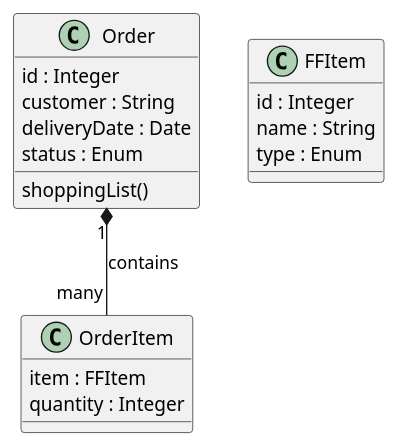
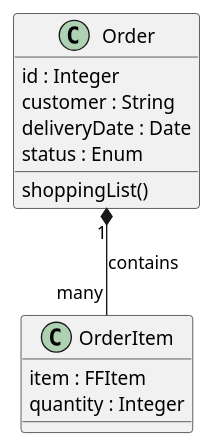
Before and after one commit to Exaltia/subbot: the fifth of 5 diagrams in doc/readme.org, drawn with PlantUML. The commit also changed other lines of this file and 1 other file, not shown here.

Commit message:
Added FFItem class

```diff
--- a/doc/readme.org
+++ b/doc/readme.org
@@ -133,27 +168,20 @@
 #+begin_src plantuml :file img/Anatomy_order.png
   @startuml
 
   class Order {
     id : Integer
     customer : String
     deliveryDate : Date
     status : Enum
     shoppingList()
   }
 
   class OrderItem {
     item : FFItem
     quantity : Integer
   }
 
   Order "1" *-- "many" OrderItem : contains
 
-
-  class FFItem {
-    id : Integer
-    name : String
-    type : Enum
-  }
-
   @enduml
 #+end_src
```
